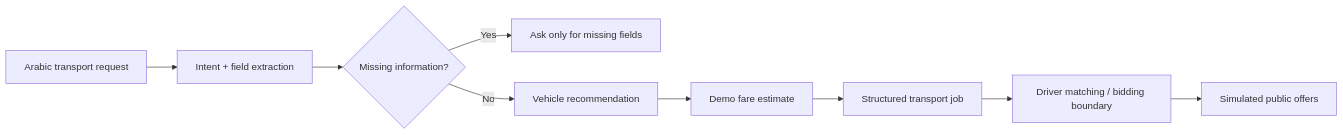
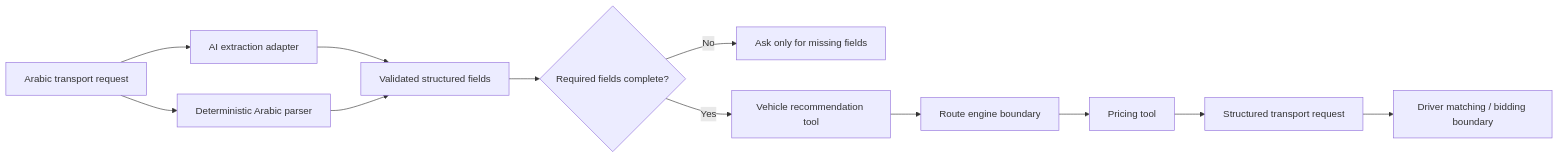
Before and after one commit to SAMA10000/3asekka-case-study: the diagram in hackathon-agent/README.md, drawn with Mermaid. The commit also changed other lines of this file, not shown here.

Commit message:
Document real AI adapter and evaluation flow

````diff
--- a/hackathon-agent/README.md
+++ b/hackathon-agent/README.md
@@ -69,11 +41,14 @@
 ```mermaid
 flowchart LR
-  A[Arabic transport request] --> B[Intent + field extraction]
-  B --> C{Missing information?}
-  C -->|Yes| D[Ask only for missing fields]
-  C -->|No| E[Vehicle recommendation]
-  E --> F[Demo fare estimate]
-  F --> G[Structured transport job]
-  G --> H[Driver matching / bidding boundary]
-  H --> I[Simulated public offers]
+  A[Arabic transport request] --> B[AI extraction adapter]
+  A --> C[Deterministic Arabic parser]
+  B --> D[Validated structured fields]
+  C --> D
+  D --> E{Required fields complete?}
+  E -->|No| F[Ask only for missing fields]
+  E -->|Yes| G[Vehicle recommendation tool]
+  G --> H[Route engine boundary]
+  H --> I[Pricing tool]
+  I --> J[Structured transport request]
+  J --> K[Driver matching / bidding boundary]
 ```
````
